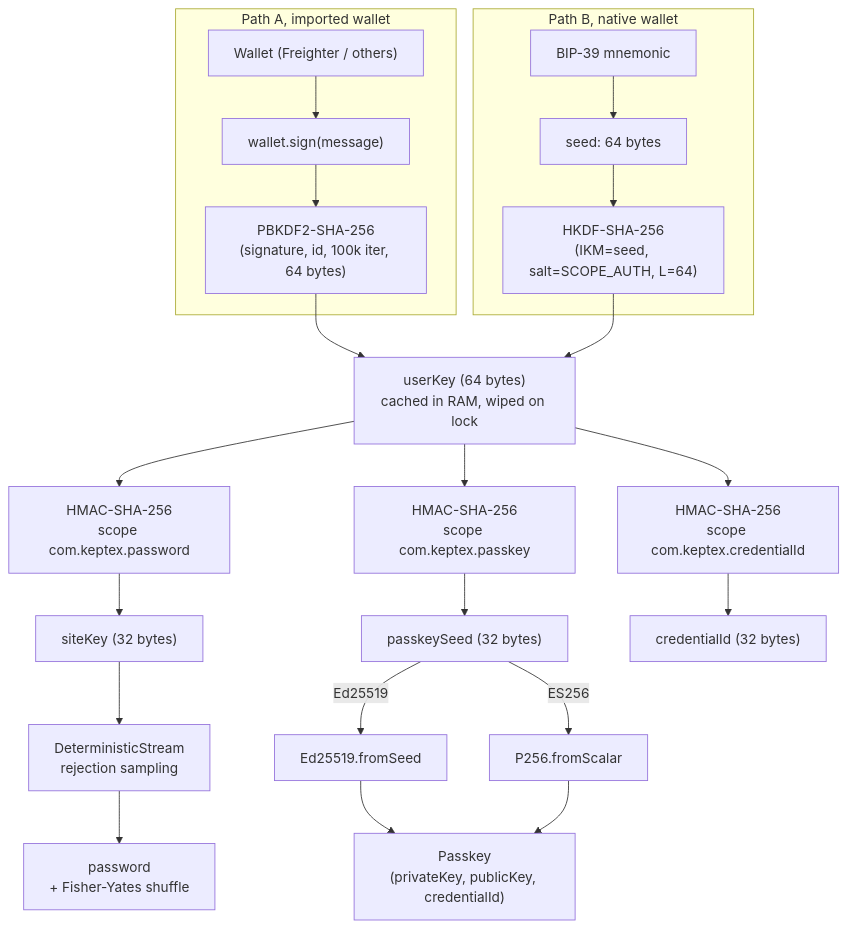
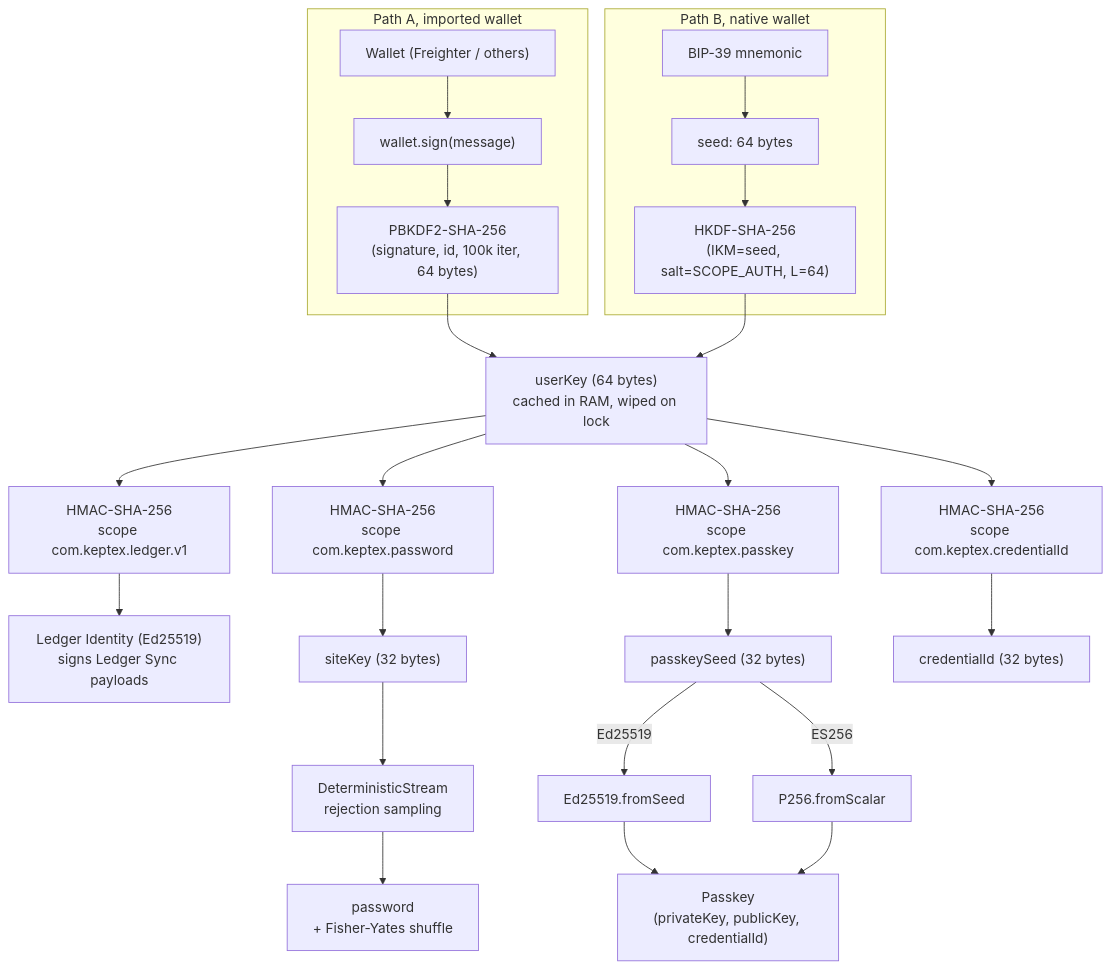
The diagram in README.md (Keptex/engine), drawn with Mermaid before and after one commit. The commit also changed other lines of this file and 6 other files, not shown here.

````diff
--- a/README.md
+++ b/README.md
@@ -84,36 +122,39 @@
 ```mermaid
 flowchart TD
     subgraph PathA["Path A, imported wallet"]
         Wallet["Wallet (Freighter / others)"]
         Sign["wallet.sign(message)"]
         PBKDF2["PBKDF2-SHA-256<br/>(signature, id, 100k iter, 64 bytes)"]
         Wallet --> Sign --> PBKDF2
     end
 
     subgraph PathB["Path B, native wallet"]
         Mnemonic["BIP-39 mnemonic"]
         Seed["seed: 64 bytes"]
         HKDF["HKDF-SHA-256<br/>(IKM=seed, salt=SCOPE_AUTH, L=64)"]
         Mnemonic --> Seed --> HKDF
     end
 
     UserKey["userKey (64 bytes)<br/>cached in RAM, wiped on lock"]
     PBKDF2 --> UserKey
     HKDF --> UserKey
 
+    UserKey --> HmacLedger["HMAC-SHA-256<br/>scope com.keptex.ledger.v1"]
+    HmacLedger --> Ledger["Ledger Identity (Ed25519)<br/>signs Ledger Sync payloads"]
+
     UserKey --> HmacPwd["HMAC-SHA-256<br/>scope com.keptex.password"]
     UserKey --> HmacPasskey["HMAC-SHA-256<br/>scope com.keptex.passkey"]
     UserKey --> HmacCredId["HMAC-SHA-256<br/>scope com.keptex.credentialId"]
 
     HmacPwd --> SiteKey["siteKey (32 bytes)"]
     HmacPasskey --> PasskeySeed["passkeySeed (32 bytes)"]
     HmacCredId --> CredId["credentialId (32 bytes)"]
 
     SiteKey --> Stream["DeterministicStream<br/>rejection sampling"]
     Stream --> Password["password<br/>+ Fisher-Yates shuffle"]
 
     PasskeySeed -->|Ed25519| Ed["Ed25519.fromSeed"]
     PasskeySeed -->|ES256| Es["P256.fromScalar"]
     Ed --> Passkey["Passkey<br/>(privateKey, publicKey, credentialId)"]
     Es --> Passkey
 ```
````
